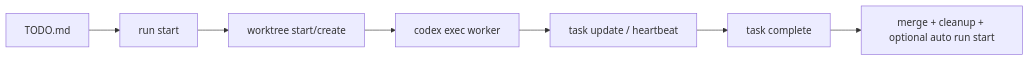
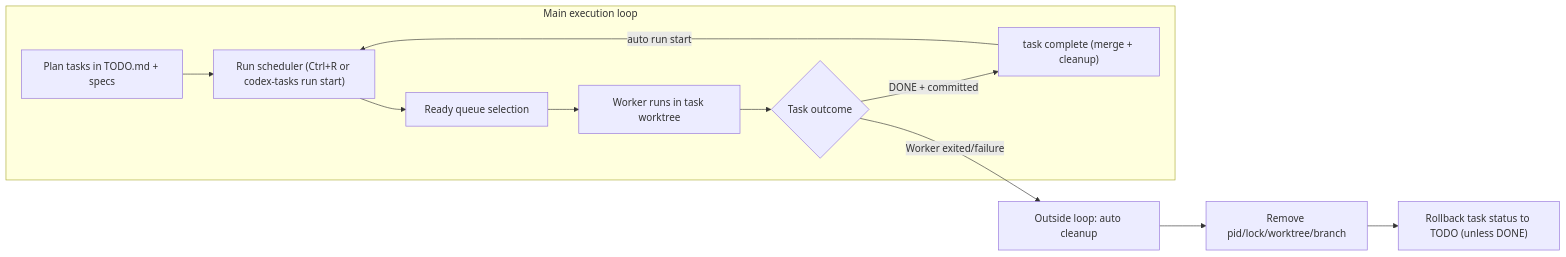
One commit to jaycho46/codex-teams changed the second of 2 diagrams in README.md. Above: the diagram before and after it, drawn with Mermaid. The commit also changed other lines of this file and 2 other files, not shown here.

````diff
--- a/README.md
+++ b/README.md
@@ -116,9 +167,15 @@
 ```mermaid
 flowchart LR
-  A["TODO.md"] --> B["run start"]
-  B --> C["worktree start/create"]
-  C --> D["codex exec worker"]
-  D --> E["task update / heartbeat"]
-  E --> F["task complete"]
-  F --> G["merge + cleanup + optional auto run start"]
+  subgraph MAIN["Main execution loop"]
+    A["Plan tasks in TODO.md + specs"] --> B["Run scheduler (Ctrl+R or codex-tasks run start)"]
+    B --> C["Ready queue selection"]
+    C --> D["Worker runs in task worktree"]
+    D --> E{"Task outcome"}
+    E -- "DONE + committed" --> F["task complete (merge + cleanup)"]
+    F -->|"auto run start"| B
+  end
+
+  E -- "Worker exited/failure" --> G["Outside loop: auto cleanup"]
+  G --> H["Remove pid/lock/worktree/branch"]
+  H --> I["Rollback task status to TODO (unless DONE)"]
 ```
````
